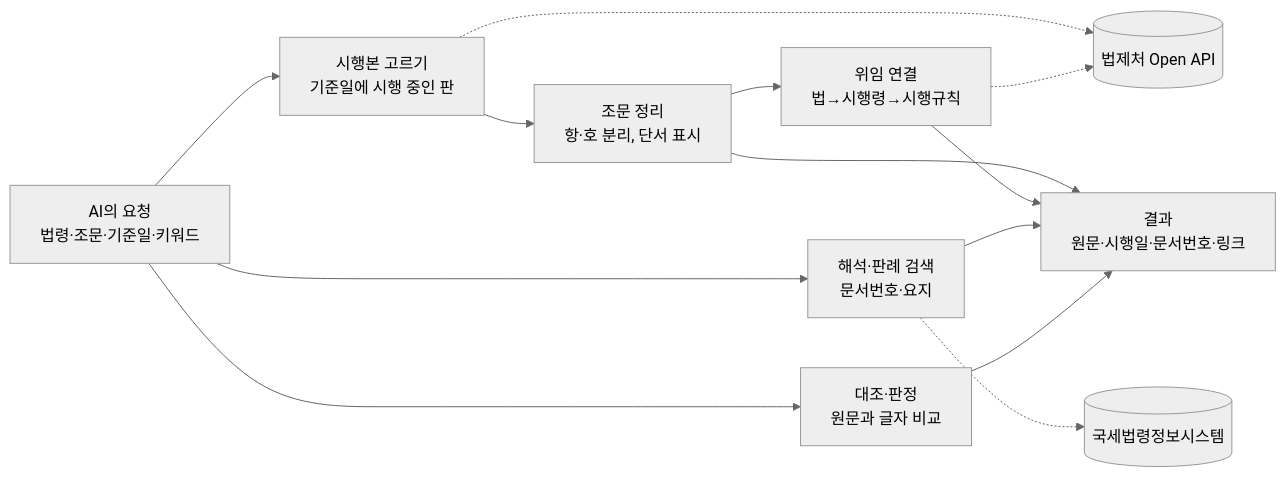
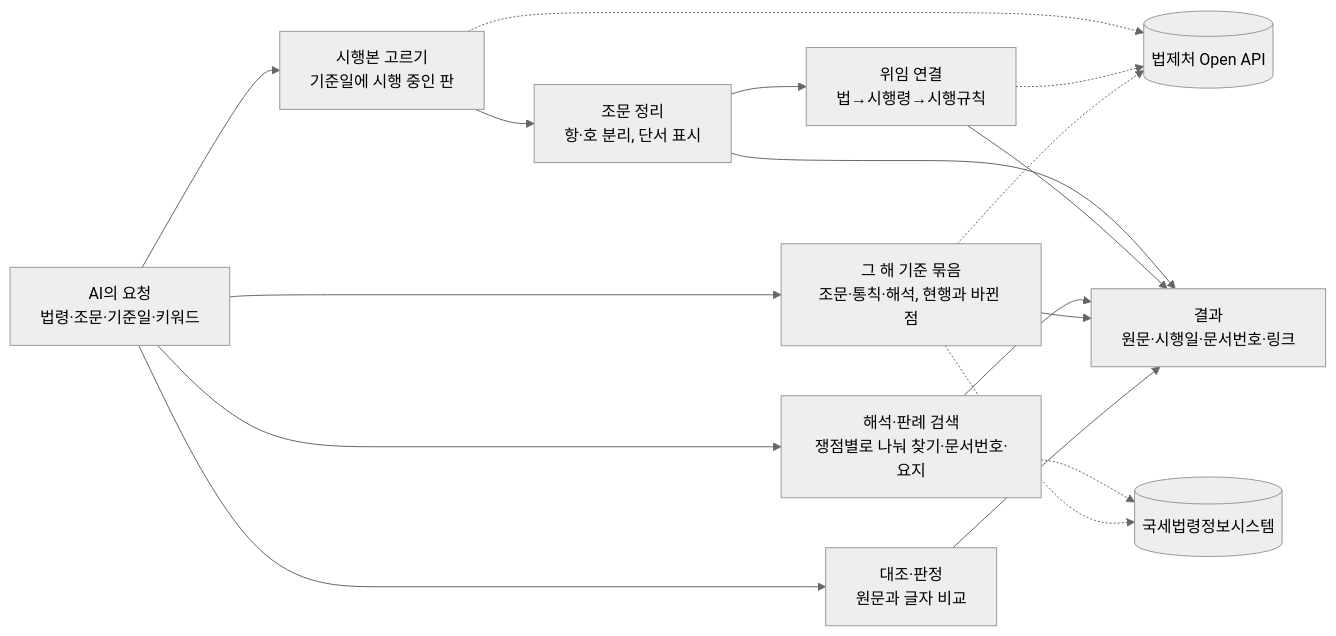
The diagram in README.md (UpstageAI/korean-tax-mcp), drawn with Mermaid (neutral theme) before and after one commit. The commit also changed other lines of this file and 1 other file, not shown here.

````diff
--- a/README.md
+++ b/README.md
@@ -19,15 +19,19 @@
 ```mermaid
 flowchart LR
   Q["AI의 요청<br/>법령·조문·기준일·키워드"] --> V["시행본 고르기<br/>기준일에 시행 중인 판"]
   V --> P["조문 정리<br/>항·호 분리, 단서 표시"]
   P --> L["위임 연결<br/>법→시행령→시행규칙"]
-  Q --> S["해석·판례 검색<br/>문서번호·요지"]
+  Q --> S["해석·판례 검색<br/>쟁점별로 나눠 찾기·문서번호·요지"]
+  Q --> Y["그 해 기준 묶음<br/>조문·통칙·해석, 현행과 바뀐 점"]
   Q --> C["대조·판정<br/>원문과 글자 비교"]
   V -.-> A1[("법제처 Open API")]
   L -.-> A1
   S -.-> A2[("국세법령정보시스템")]
+  Y -.-> A1
+  Y -.-> A2
   P --> R["결과<br/>원문·시행일·문서번호·링크"]
   L --> R
   S --> R
+  Y --> R
   C --> R
 ```
````
